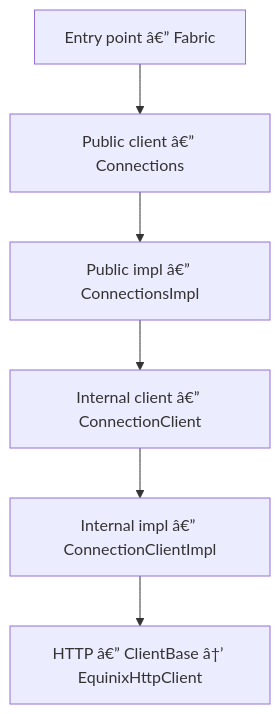
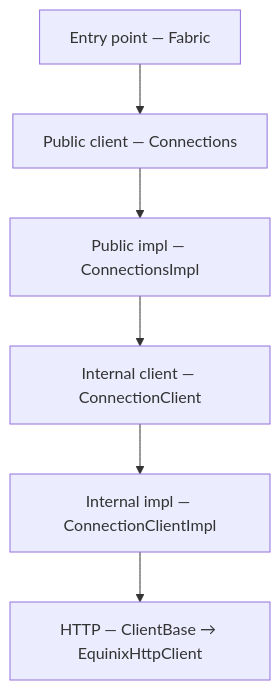
Before and after one commit to iantjones/equinix-java-sdk: the third of 3 diagrams in README.md, drawn with Mermaid. The commit also changed other lines of this file and 1 other file, not shown here.

````diff
--- a/README.md
+++ b/README.md
@@ -2217,10 +2217,10 @@
 ```mermaid
 flowchart TB
-    e["Entry point â€” Fabric"]
-    pc["Public client â€” Connections"]
-    pi["Public impl â€” ConnectionsImpl"]
-    ic["Internal client â€” ConnectionClient"]
-    ii["Internal impl â€” ConnectionClientImpl"]
-    http["HTTP â€” ClientBase â†’ EquinixHttpClient"]
+    e["Entry point — Fabric"]
+    pc["Public client — Connections"]
+    pi["Public impl — ConnectionsImpl"]
+    ic["Internal client — ConnectionClient"]
+    ii["Internal impl — ConnectionClientImpl"]
+    http["HTTP — ClientBase → EquinixHttpClient"]
     e --> pc --> pi --> ic --> ii --> http
 ```
````
